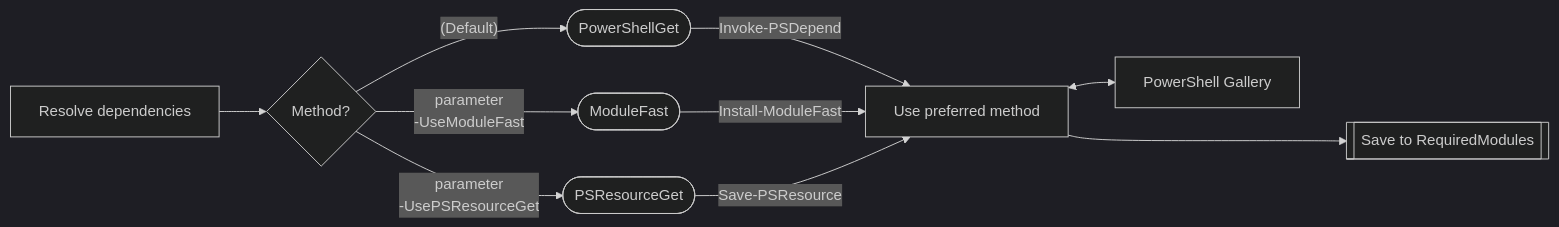
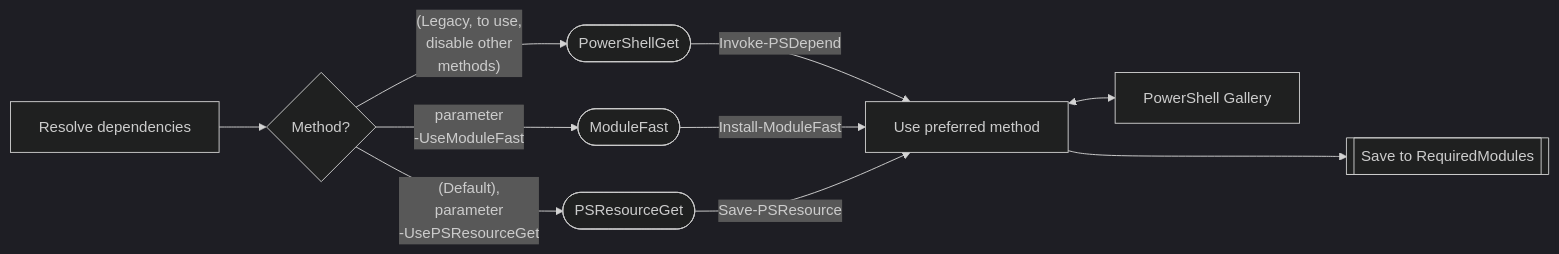
The diagram in README.md (gaelcolas/Sampler), drawn with Mermaid (dark theme) before and after one commit. The commit also changed other lines of this file and 4 other files, not shown here.

````diff
--- a/README.md
+++ b/README.md
@@ -348,15 +351,18 @@
 ```mermaid
 graph LR
 
 RD[Resolve dependencies] --> Method{Method?}
-Method{Method?} -->|"(Default)"| PowerShellGet(["PowerShellGet"])
+Method{Method?} -->|"(Legacy, to use,
+disable other
+methods)"| PowerShellGet(["PowerShellGet"])
 Method -->|"parameter
 -UseModuleFast"| ModuleFast(["ModuleFast"])
-Method -->|"parameter
+Method -->|"(Default),
+parameter
 -UsePSResourceGet"| PSResourceGet(["PSResourceGet"])
 PowerShellGet -->|"Invoke-PSDepend"| InvokeRD
 ModuleFast -->|"Install-ModuleFast"| InvokeRD
 PSResourceGet -->|"Save-PSResource"| InvokeRD
 InvokeRD[Use preferred method]  <--> PSGallery["PowerShell Gallery"]
 InvokeRD ---> Save[["Save to RequiredModules"]]
 ```
````
